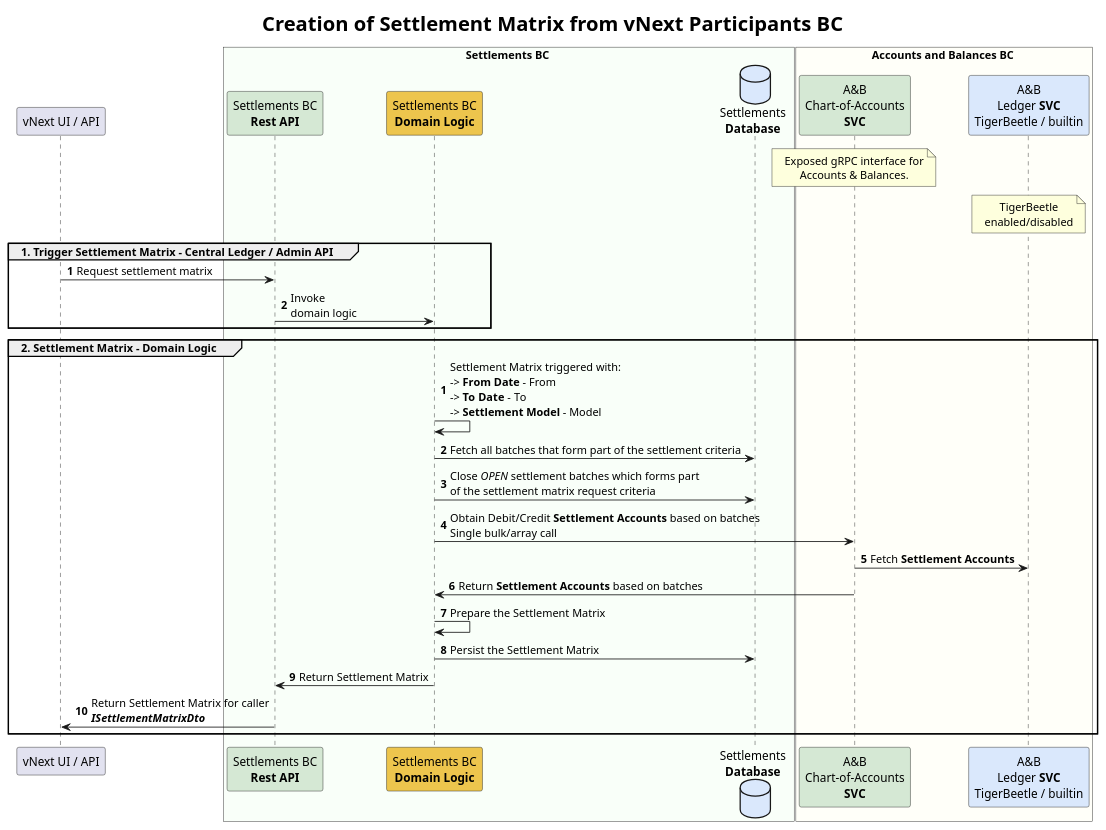
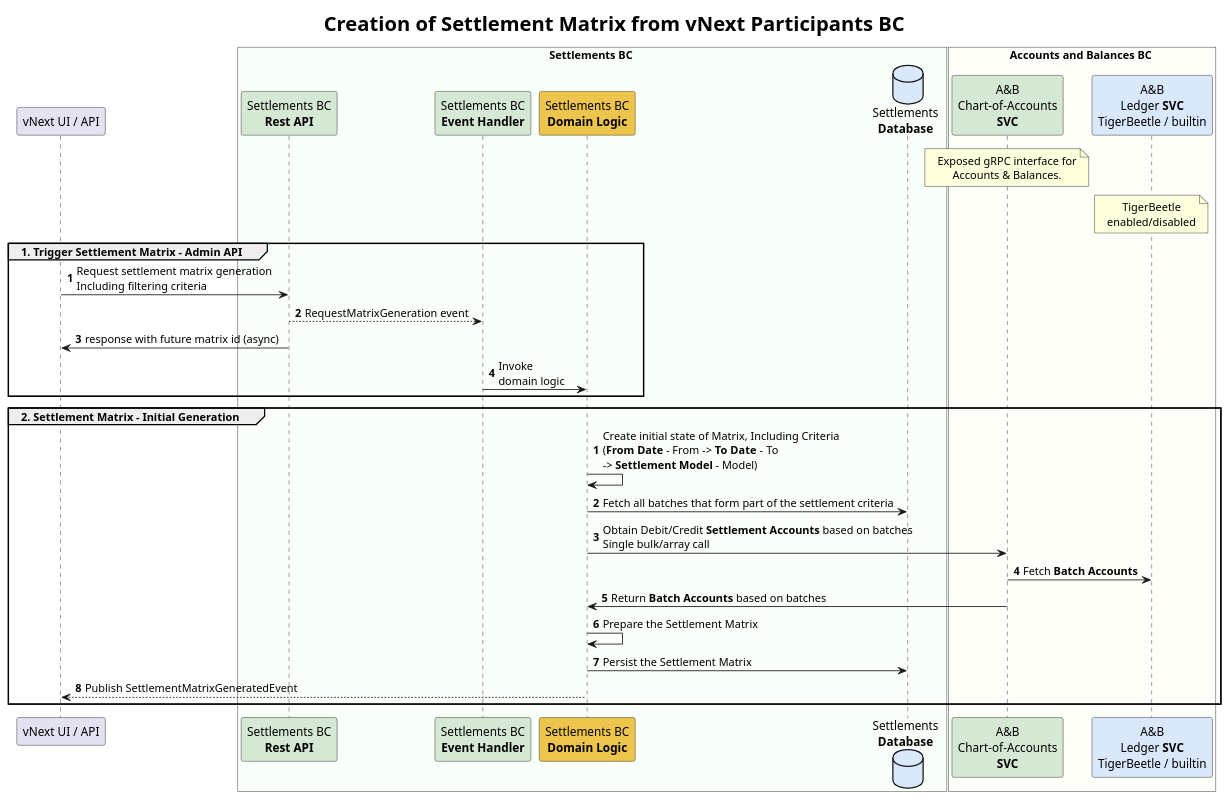
One commit to mojaloop/settlements-bc changed the diagram in docs/flows/02-settlement-matrix-bc.puml. Above: the diagram before and after it, drawn with PlantUML. The commit also changed 1 other file, not shown here.

Commit message:
Made some more edits to the vNext specific plantuml flows

```diff
--- a/docs/flows/02-settlement-matrix-bc.puml
+++ b/docs/flows/02-settlement-matrix-bc.puml
@@ -1,55 +1,57 @@
 @startuml
 <style>
 title {
   FontSize 24
 }
 </style>
 
 skinparam defaultTextAlignment center
 skinparam sequenceMessageAlign left
 
 title Creation of Settlement Matrix from vNext Participants BC
 
 
 participant "vNext UI / API" as ext_transfers_bc
 
 box Settlements BC #F9FFF9
 	participant "Settlements BC\n**Rest API**" as sbc_rest #D5E8D4
+	participant "Settlements BC\n**Event Handler**" as sbc_event #D5E8D4
 	participant "Settlements BC\n**Domain Logic**" as sbc_app_logic #EDC54D
 	database "Settlements\n**Database**" as sbc_db #DAE8FC
 end box
 
 box Accounts and Balances BC #FFFFF9
     participant "A&B\nChart-of-Accounts\n**SVC**" as abbc_grpc #D5E8D4
     participant "A&B\nLedger **SVC**\nTigerBeetle / builtin" as abbc_tigerbeetle #DAE8FC
     note over abbc_grpc
         Exposed gRPC interface for
         Accounts & Balances.
     end note
     note over abbc_tigerbeetle
 		TigerBeetle
 		enabled/disabled
     end note
 end box
 
-group 1. Trigger Settlement Matrix - Central Ledger / Admin API
+group 1. Trigger Settlement Matrix - Admin API
 autonumber
-    ext_transfers_bc -> sbc_rest : Request settlement matrix
-    sbc_rest -> sbc_app_logic : Invoke\ndomain logic
+    ext_transfers_bc -> sbc_rest : Request settlement matrix generation \nIncluding filtering criteria
+	sbc_rest --> sbc_event: RequestMatrixGeneration event
+	sbc_rest -> ext_transfers_bc : response with future matrix id (async)
+    sbc_event -> sbc_app_logic : Invoke\ndomain logic
 end
 
-group 2. Settlement Matrix - Domain Logic
+group 2. Settlement Matrix - Initial Generation
 autonumber
-    sbc_app_logic -> sbc_app_logic: Settlement Matrix triggered with:\n-> **From Date** - From\n-> **To Date** - To\n-> **Settlement Model** - Model
+    sbc_app_logic -> sbc_app_logic : Create initial state of Matrix, Including Criteria \n(**From Date** - From -> **To Date** - To\n-> **Settlement Model** - Model)
     sbc_app_logic -> sbc_db : Fetch all batches that form part of the settlement criteria
-    sbc_app_logic -> sbc_db : Close //OPEN// settlement batches which forms part \nof the settlement matrix request criteria
+
     sbc_app_logic -> abbc_grpc : Obtain Debit/Credit **Settlement Accounts** based on batches\nSingle bulk/array call
-    abbc_grpc -> abbc_tigerbeetle: Fetch **Settlement Accounts**
-    abbc_grpc -> sbc_app_logic : Return **Settlement Accounts** based on batches
+    abbc_grpc -> abbc_tigerbeetle: Fetch **Batch Accounts**
+    abbc_grpc -> sbc_app_logic : Return **Batch Accounts** based on batches
     sbc_app_logic -> sbc_app_logic : Prepare the Settlement Matrix
     sbc_app_logic -> sbc_db : Persist the Settlement Matrix
-    sbc_app_logic -> sbc_rest : Return Settlement Matrix
-    sbc_rest -> ext_transfers_bc : Return Settlement Matrix for caller\n**//ISettlementMatrixDto//**
+    sbc_app_logic --> ext_transfers_bc : Publish SettlementMatrixGeneratedEvent
 end
 
 @enduml
```
